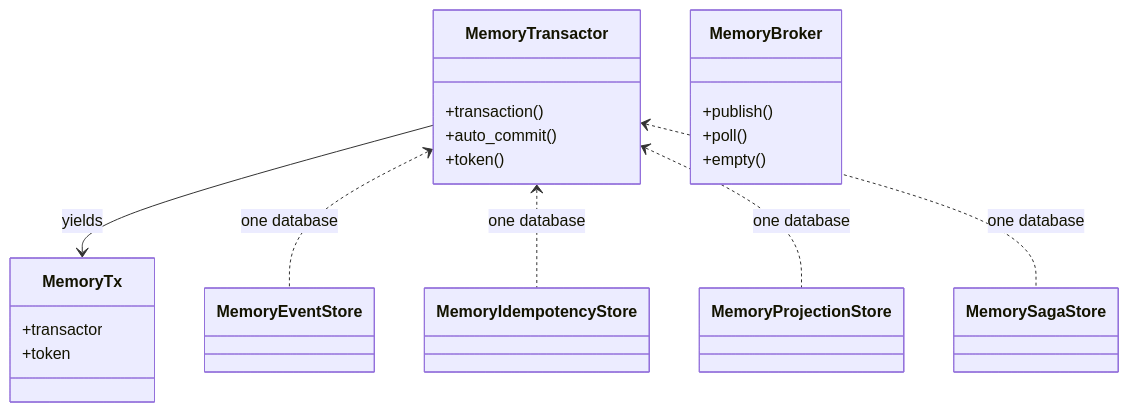
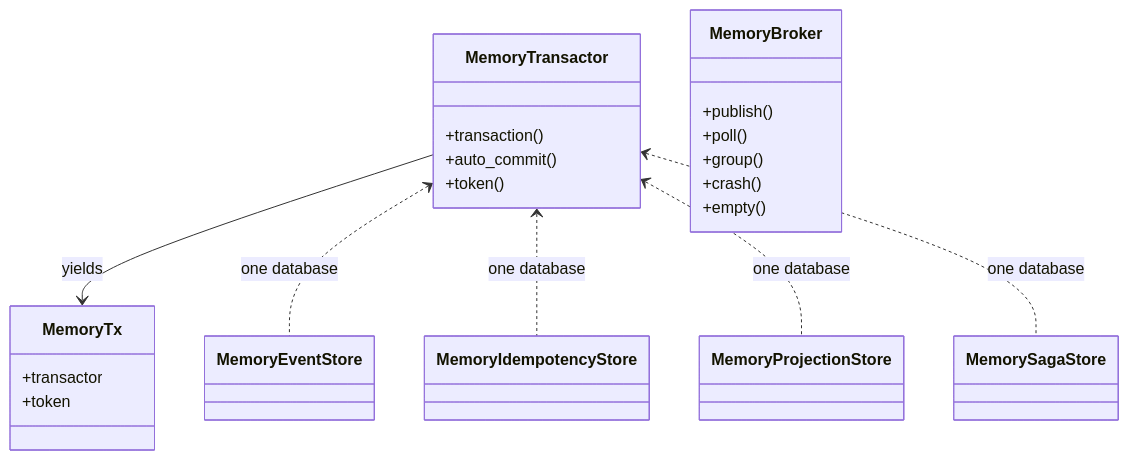
The first of 3 diagrams in docs/backends/memory.md (haskian/edax), drawn with Mermaid before and after one commit. The commit also changed other lines of this file and 234 other files, not shown here.

````diff
--- a/docs/backends/memory.md
+++ b/docs/backends/memory.md
@@ -10,22 +10,24 @@
 ```mermaid
 classDiagram
     class MemoryTransactor {
         +transaction()
         +auto_commit()
         +token()
     }
     class MemoryTx {
         +transactor
         +token
     }
     class MemoryBroker {
         +publish()
         +poll()
+        +group()
+        +crash()
         +empty()
     }
     MemoryTransactor --> MemoryTx : yields
     MemoryTransactor <.. MemoryEventStore : one database
     MemoryTransactor <.. MemoryIdempotencyStore : one database
     MemoryTransactor <.. MemoryProjectionStore : one database
     MemoryTransactor <.. MemorySagaStore : one database
 ```
````
